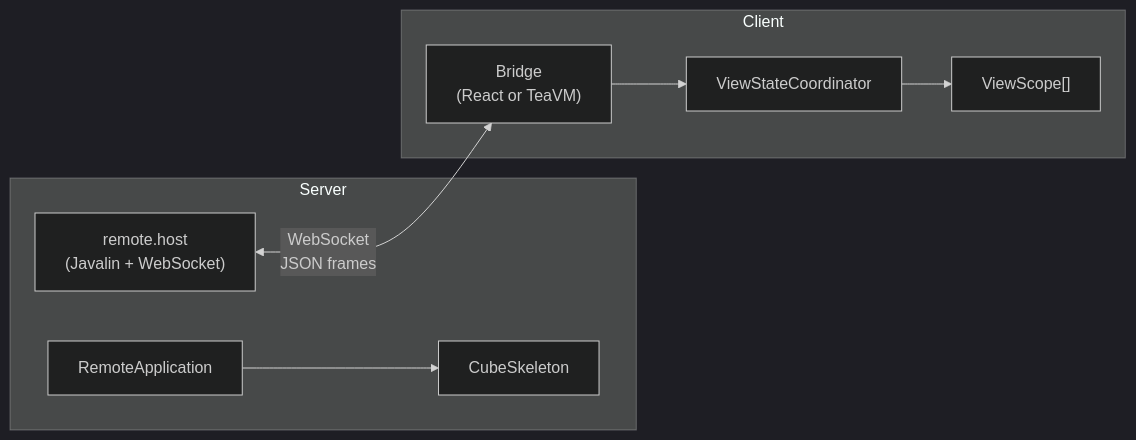
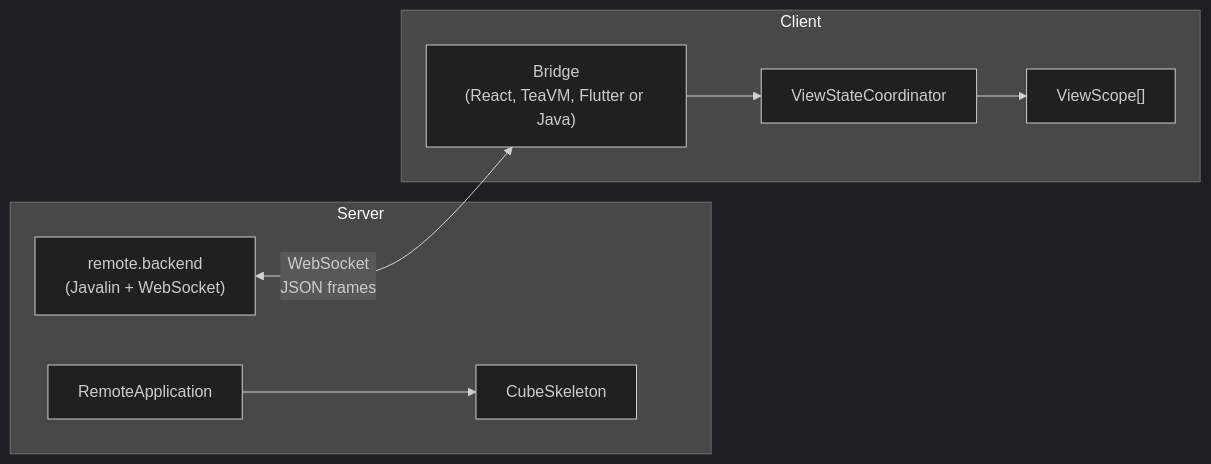
One commit to mrcdom/wdc-cube-java-v2 changed the diagram in fontes/br.com.wdc.framework/br.com.wdc.framework.cube.remote/README.md. Above: the diagram before and after it, drawn with Mermaid (dark theme). The commit also changed other lines of this file and 50 other files, not shown here.

````diff
--- a/fontes/br.com.wdc.framework/br.com.wdc.framework.cube.remote/README.md
+++ b/fontes/br.com.wdc.framework/br.com.wdc.framework.cube.remote/README.md
@@ -9,19 +9,19 @@
 ```mermaid
 graph LR
     subgraph Server
-        Host["remote.host<br/>(Javalin + WebSocket)"]
+        Host["remote.backend<br/>(Javalin + WebSocket)"]
         App["RemoteApplication"]
         Skel["CubeSkeleton"]
     end
 
     subgraph Client
-        Bridge["Bridge<br/>(React or TeaVM)"]
+        Bridge["Bridge<br/>(React, TeaVM, Flutter or Java)"]
         Coord["ViewStateCoordinator"]
         VS["ViewScope[]"]
     end
 
     Host <-->|"WebSocket<br/>JSON frames"| Bridge
     App --> Skel
     Bridge --> Coord
     Coord --> VS
 ```
````
